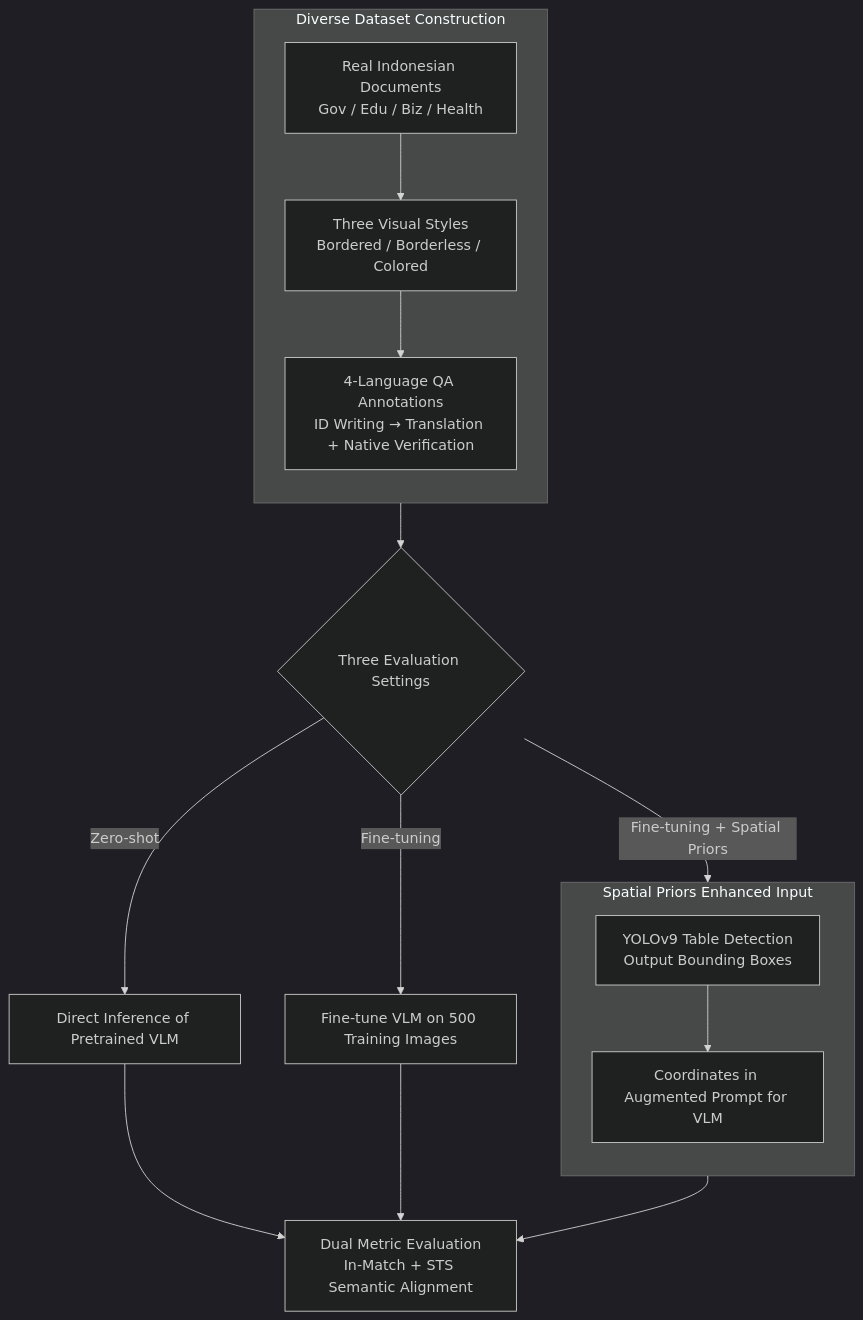
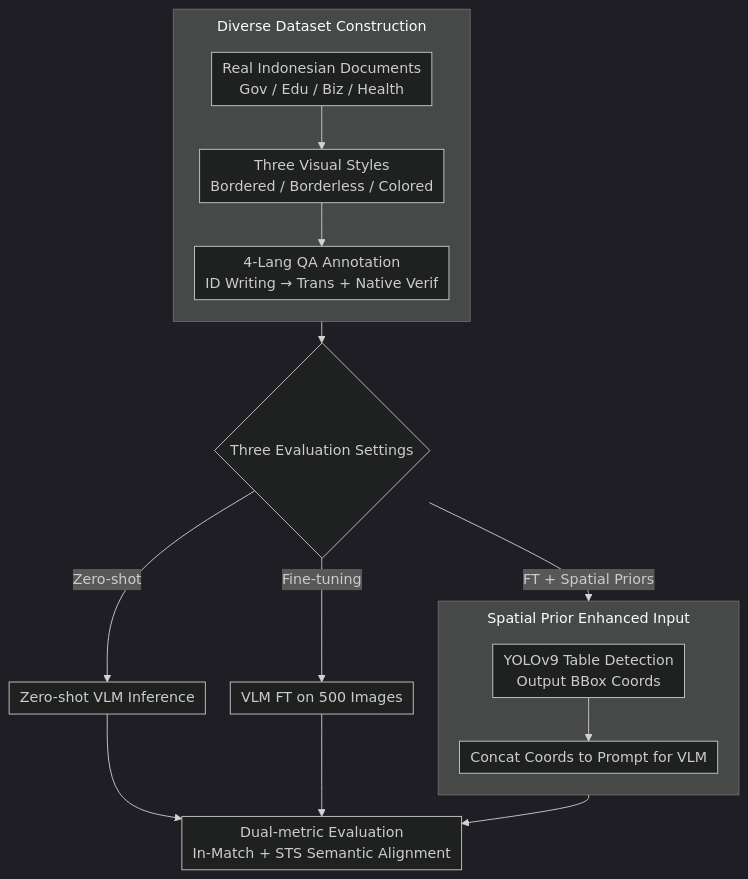
Before and after one commit to zhaoyang97/Paper-Notes-en: the diagram in docs/ACL2026/multilingual_mt/indotabvqa_a_benchmark_for_cross-lingual_table_understanding_in_bahasa_indonesia.md, drawn with Mermaid (dark theme). The commit also changed other lines of this file and 5084 other files, not shown here.

````diff
--- a/docs/ACL2026/multilingual_mt/indotabvqa_a_benchmark_for_cross-lingual_table_understanding_in_bahasa_indonesia.md
+++ b/docs/ACL2026/multilingual_mt/indotabvqa_a_benchmark_for_cross-lingual_table_understanding_in_bahasa_indonesia.md
@@ -44,19 +44,20 @@
 ```mermaid
-graph TD
+%%{init: {'flowchart': {'rankSpacing': 24, 'nodeSpacing': 28, 'padding': 6, 'wrappingWidth': 400, 'subGraphTitleMargin': {'top': 8, 'bottom': 16}}}}%%
+flowchart TD
     subgraph DATA["Diverse Dataset Construction"]
         direction TB
         A["Real Indonesian Documents<br/>Gov / Edu / Biz / Health"] --> B["Three Visual Styles<br/>Bordered / Borderless / Colored"]
-        B --> C["4-Language QA Annotations<br/>ID Writing → Translation + Native Verification"]
+        B --> C["4-Lang QA Annotation<br/>ID Writing → Trans + Native Verif"]
     end
     DATA --> D{"Three Evaluation Settings"}
-    D -->|Zero-shot| E["Direct Inference of Pretrained VLM"]
-    D -->|Fine-tuning| F["Fine-tune VLM on 500 Training Images"]
-    subgraph SP["Spatial Priors Enhanced Input"]
+    D -->|Zero-shot| E["Zero-shot VLM Inference"]
+    D -->|Fine-tuning| F["VLM FT on 500 Images"]
+    subgraph SP["Spatial Prior Enhanced Input"]
         direction TB
-        G["YOLOv9 Table Detection<br/>Output Bounding Boxes"] --> H["Coordinates in Augmented Prompt for VLM"]
+        G["YOLOv9 Table Detection<br/>Output BBox Coords"] --> H["Concat Coords to Prompt for VLM"]
     end
-    D -->|Fine-tuning + Spatial Priors| SP
-    E --> J["Dual Metric Evaluation<br/>In-Match + STS Semantic Alignment"]
+    D -->|FT + Spatial Priors| SP
+    E --> J["Dual-metric Evaluation<br/>In-Match + STS Semantic Alignment"]
     F --> J
     SP --> J
 ```
````
